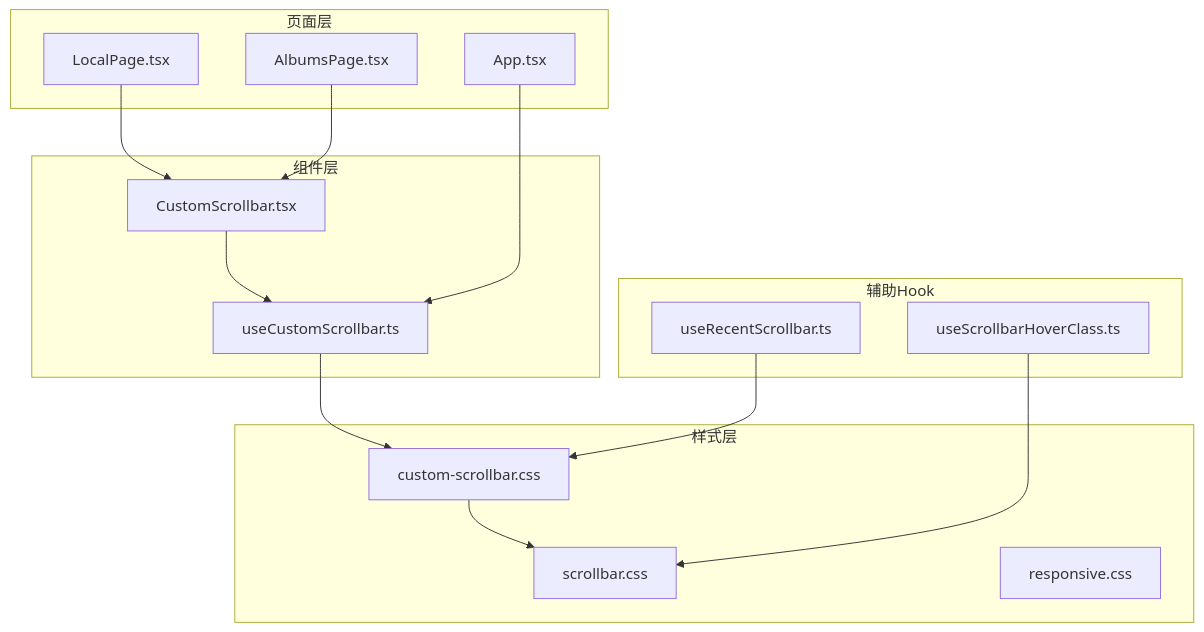
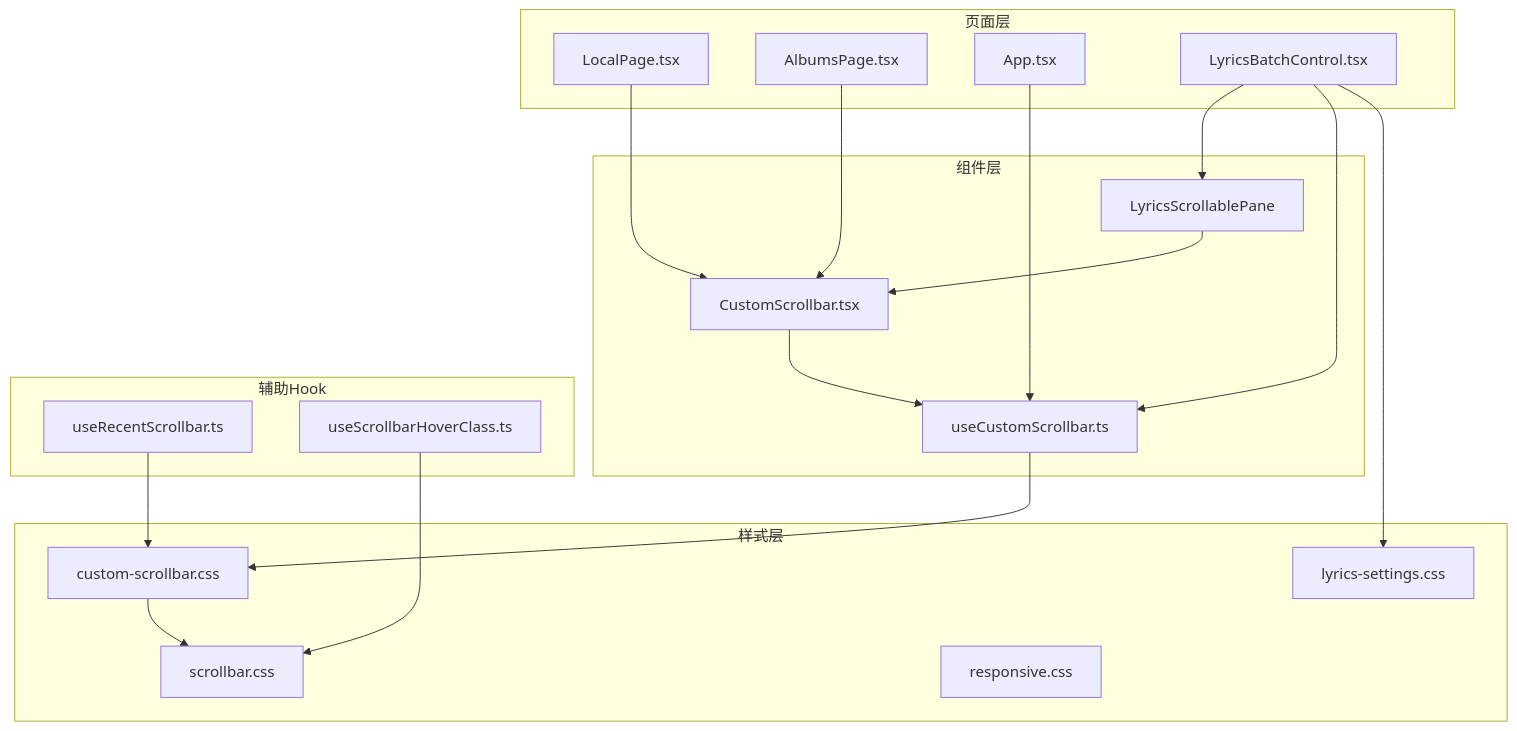
The first of 19 diagrams in .qoder/repowiki/zh/content/用户界面/React组件体系/UI基础组件/CustomScrollbar自定义滚动条.md (SeakyLuo/SMPlayerElectron), drawn with Mermaid before and after one commit. The commit also changed other lines of this file and 32 other files, not shown here.

````diff
--- a/.qoder/repowiki/zh/content/用户界面/React组件体系/UI基础组件/CustomScrollbar自定义滚动条.md
+++ b/.qoder/repowiki/zh/content/用户界面/React组件体系/UI基础组件/CustomScrollbar自定义滚动条.md
@@ -39,29 +51,36 @@
 ```mermaid
 graph TB
 subgraph "组件层"
 CS[CustomScrollbar.tsx]
 UC[useCustomScrollbar.ts]
+LSP[LyricsScrollablePane]
 end
 subgraph "样式层"
 CSC[custom-scrollbar.css]
 SC[scrollbar.css]
+LCSS[lyrics-settings.css]
 RC[responsive.css]
 end
 subgraph "页面层"
 LP[LocalPage.tsx]
 AP[AlbumsPage.tsx]
 APP[App.tsx]
+LBC[LyricsBatchControl.tsx]
 end
 subgraph "辅助Hook"
 RS[useRecentScrollbar.ts]
 SH[useScrollbarHoverClass.ts]
 end
 CS --> UC
 UC --> CSC
 CSC --> SC
+LBC --> LSP
+LSP --> CS
+LBC --> UC
+LBC --> LCSS
 LP --> CS
 AP --> CS
 APP --> UC
 RS --> CSC
 SH --> SC
 ```
````
